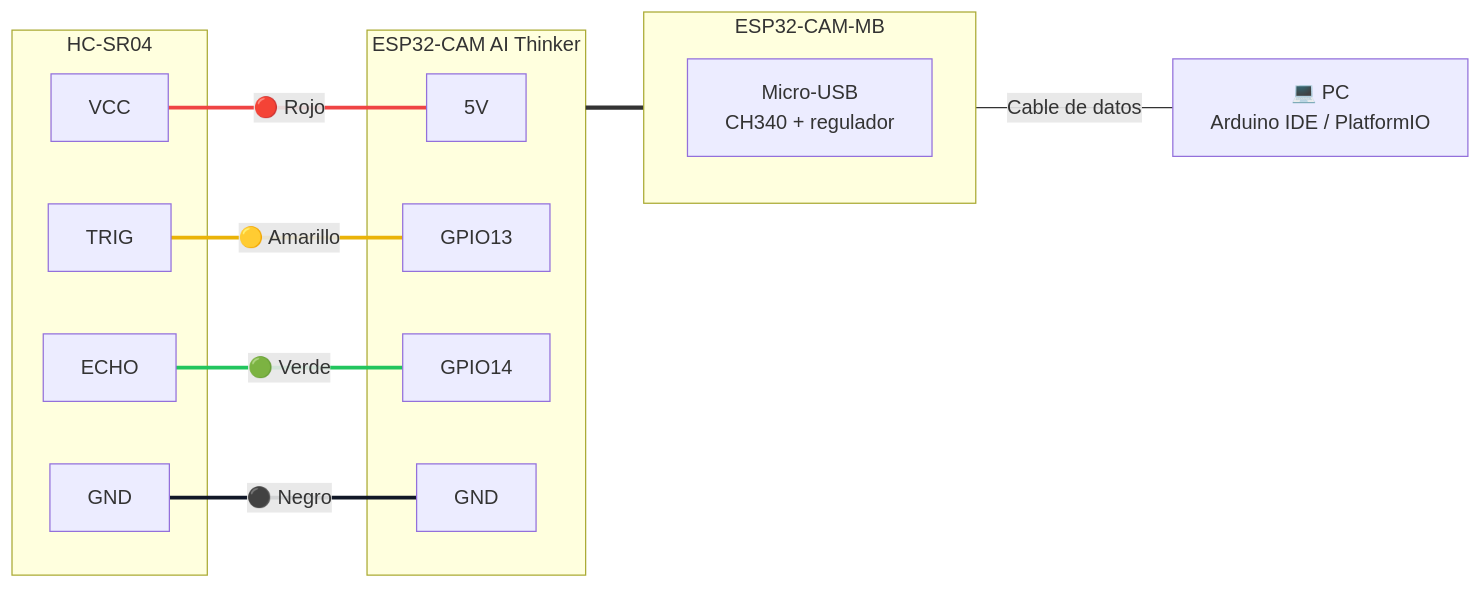
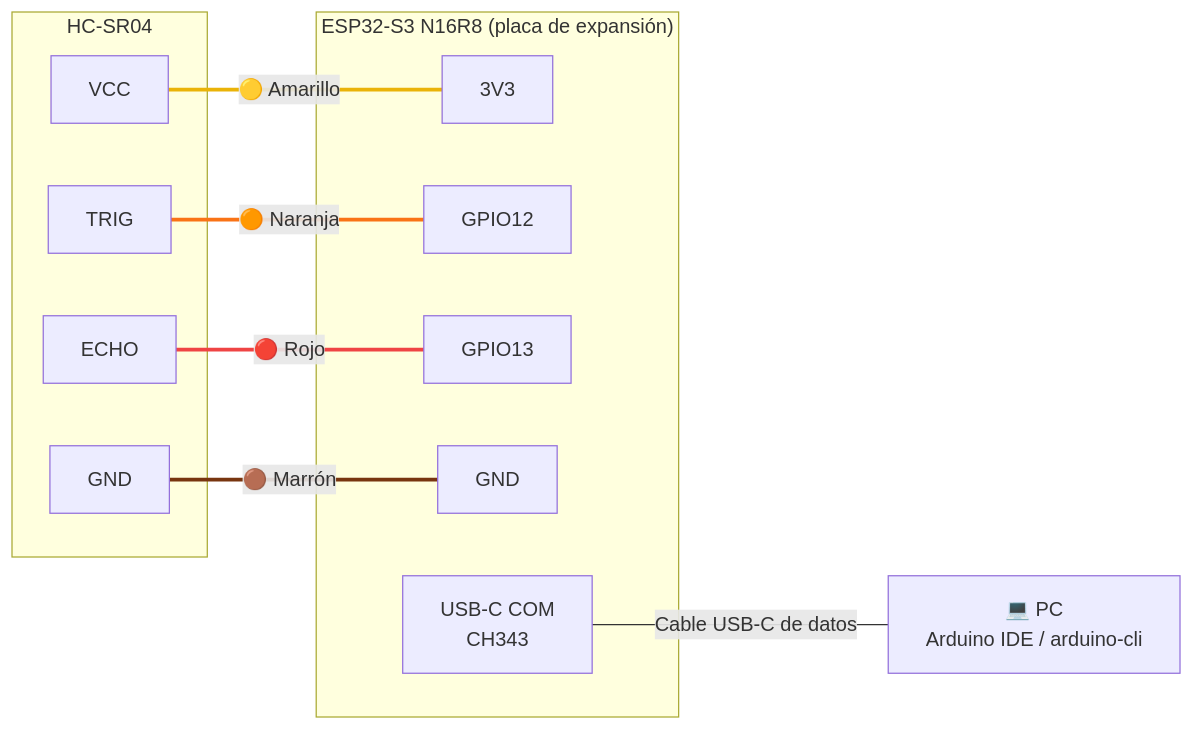
One commit to jose-i-rm/esp32-distance-monitoring-system changed the first of 2 diagrams in diagrams/03-conexion-hardware.md. Above: the diagram before and after it, drawn with Mermaid. The commit also changed other lines of this file and 14 other files, not shown here.

First line of the commit message:
feat(firmware): migrar el origen de datos a ESP32-S3 N16R8

````diff
--- a/diagrams/03-conexion-hardware.md
+++ b/diagrams/03-conexion-hardware.md
@@ -5,35 +5,31 @@
 ```mermaid
 flowchart LR
     subgraph HC["HC-SR04"]
         H_VCC["VCC"]
         H_TRIG["TRIG"]
         H_ECHO["ECHO"]
         H_GND["GND"]
     end
 
-    subgraph CAM["ESP32-CAM AI Thinker"]
-        C_5V["5V"]
+    subgraph S3["ESP32-S3 N16R8 (placa de expansión)"]
+        C_33["3V3"]
+        C_12["GPIO12"]
         C_13["GPIO13"]
-        C_14["GPIO14"]
         C_GND["GND"]
+        COM["USB-C COM<br/>CH343"]
     end
 
-    subgraph MB["ESP32-CAM-MB"]
-        USB["Micro-USB<br/>CH340 + regulador"]
-    end
+    PC["💻 PC<br/>Arduino IDE / arduino-cli"]
 
-    PC["💻 PC<br/>Arduino IDE / PlatformIO"]
+    H_VCC -- "🟡 Amarillo" --- C_33
+    H_GND -- "🟤 Marrón" --- C_GND
+    H_TRIG -- "🟠 Naranja" --- C_12
+    H_ECHO -- "🔴 Rojo" --- C_13
 
-    H_VCC -- "🔴 Rojo" --- C_5V
-    H_GND -- "⚫ Negro" --- C_GND
-    H_TRIG -- "🟡 Amarillo" --- C_13
-    H_ECHO -- "🟢 Verde" --- C_14
+    COM -- "Cable USB-C de datos" --- PC
 
-    CAM === MB
-    MB -- "Cable de datos" --- PC
-
-    linkStyle 0 stroke:#ef4444,stroke-width:3px
-    linkStyle 1 stroke:#111827,stroke-width:3px
-    linkStyle 2 stroke:#eab308,stroke-width:3px
-    linkStyle 3 stroke:#22c55e,stroke-width:3px
+    linkStyle 0 stroke:#eab308,stroke-width:3px
+    linkStyle 1 stroke:#78350f,stroke-width:3px
+    linkStyle 2 stroke:#f97316,stroke-width:3px
+    linkStyle 3 stroke:#ef4444,stroke-width:3px
 ```
````
